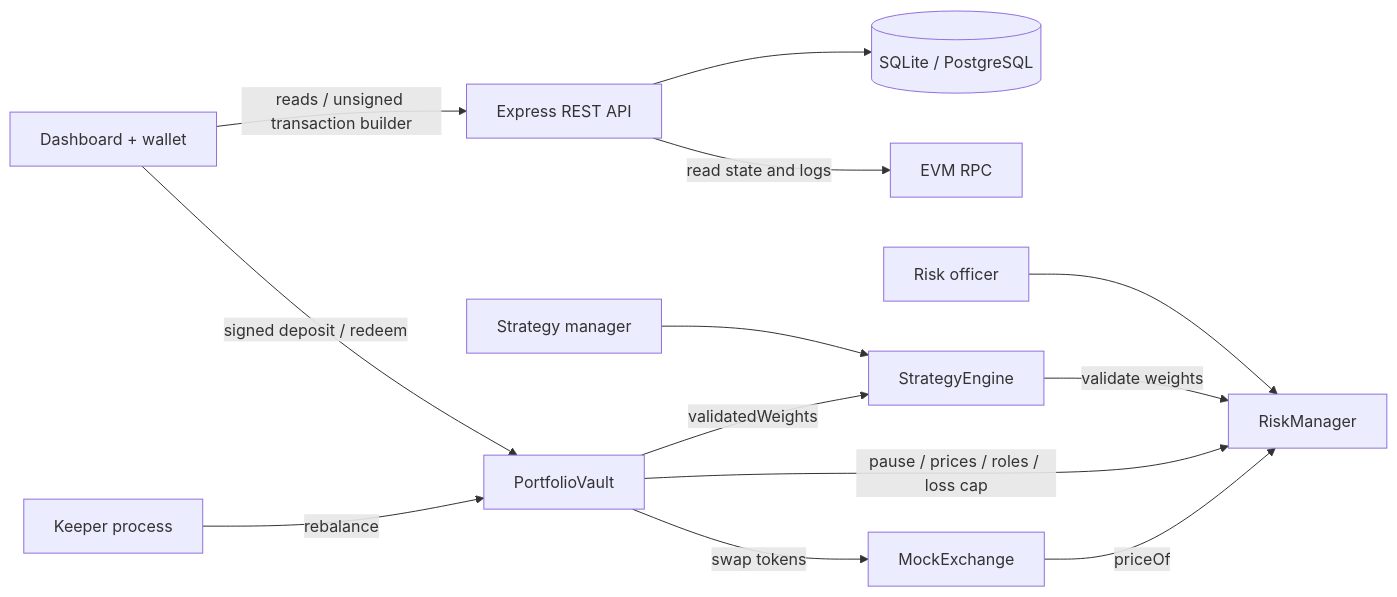
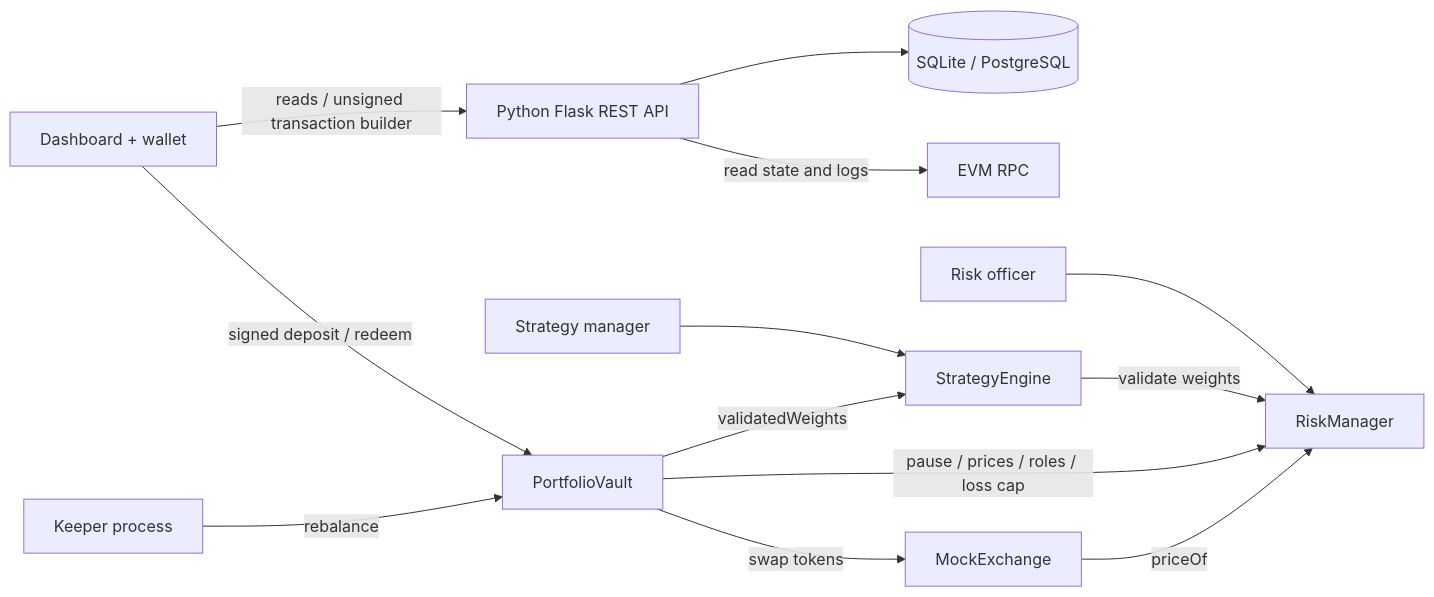
The diagram in README.md (qwekker/alphavault-sc6113), drawn with Mermaid before and after one commit. The commit also changed other lines of this file and 40 other files, not shown here.

Commit message:
Implement Python Flask API with Web3 integration and persistent storage

````diff
--- a/README.md
+++ b/README.md
@@ -45,15 +51,15 @@
 ```mermaid
 flowchart LR
-    UI[Dashboard + wallet] -->|reads / unsigned transaction builder| API[Express REST API]
+    UI[Dashboard + wallet] -->|reads / unsigned transaction builder| API[Python Flask REST API]
     API --> DB[(SQLite / PostgreSQL)]
     API -->|read state and logs| RPC[EVM RPC]
     UI -->|signed deposit / redeem| V[PortfolioVault]
     M[Strategy manager] --> S[StrategyEngine]
     R[Risk officer] --> RM[RiskManager]
     K[Keeper process] -->|rebalance| V
     V -->|validatedWeights| S
     S -->|validate weights| RM
     V -->|pause / prices / roles / loss cap| RM
     V -->|swap tokens| EX[MockExchange]
     EX -->|priceOf| RM
 ```
````
